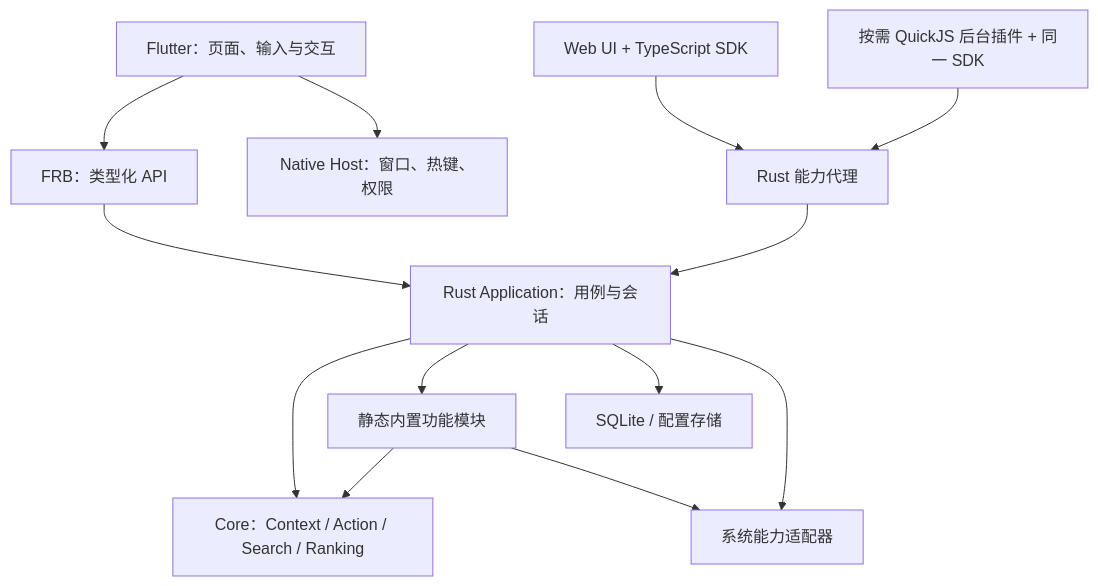
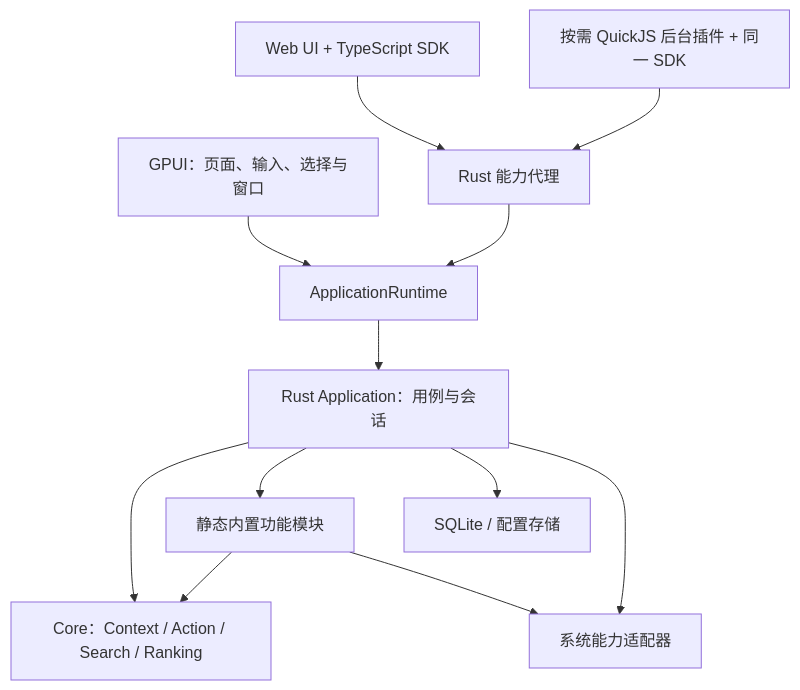
The diagram in README.md (FantasyDream/Anywhere), drawn with Mermaid before and after one commit. The commit also changed other lines of this file and 467 other files, not shown here.

Commit message:
refactor: migrate Anywhere from Flutter to GPUI

````diff
--- a/README.md
+++ b/README.md
@@ -56,15 +56,14 @@
 ```mermaid
 flowchart TD
-    Flutter[Flutter：页面、输入与交互] --> Bridge[FRB：类型化 API]
-    Flutter --> Host[Native Host：窗口、热键、权限]
-    Bridge --> Application[Rust Application：用例与会话]
-    Application --> Core[Core：Context / Action / Search / Ranking]
-    Application --> Features[静态内置功能模块]
+    GPUI[GPUI：页面、输入、选择与窗口] --> Runtime[ApplicationRuntime]
+    Runtime --> App[Rust Application：用例与会话]
+    App --> Core[Core：Context / Action / Search / Ranking]
+    App --> Features[静态内置功能模块]
     Features --> Core
-    Application --> Persistence[SQLite / 配置存储]
-    Application --> Platform[系统能力适配器]
+    App --> Persistence[SQLite / 配置存储]
+    App --> Platform[系统能力适配器]
     Features --> Platform
     Web[Web UI + TypeScript SDK] --> Broker[Rust 能力代理]
     Background[按需 QuickJS 后台插件 + 同一 SDK] --> Broker
-    Broker --> Application
+    Broker --> Runtime
 ```
````
